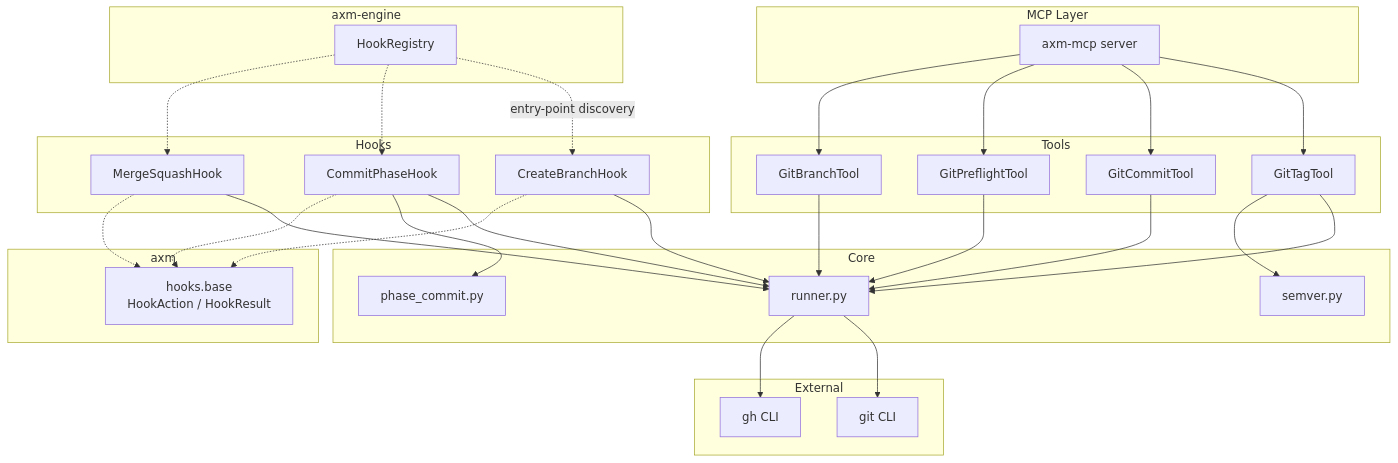
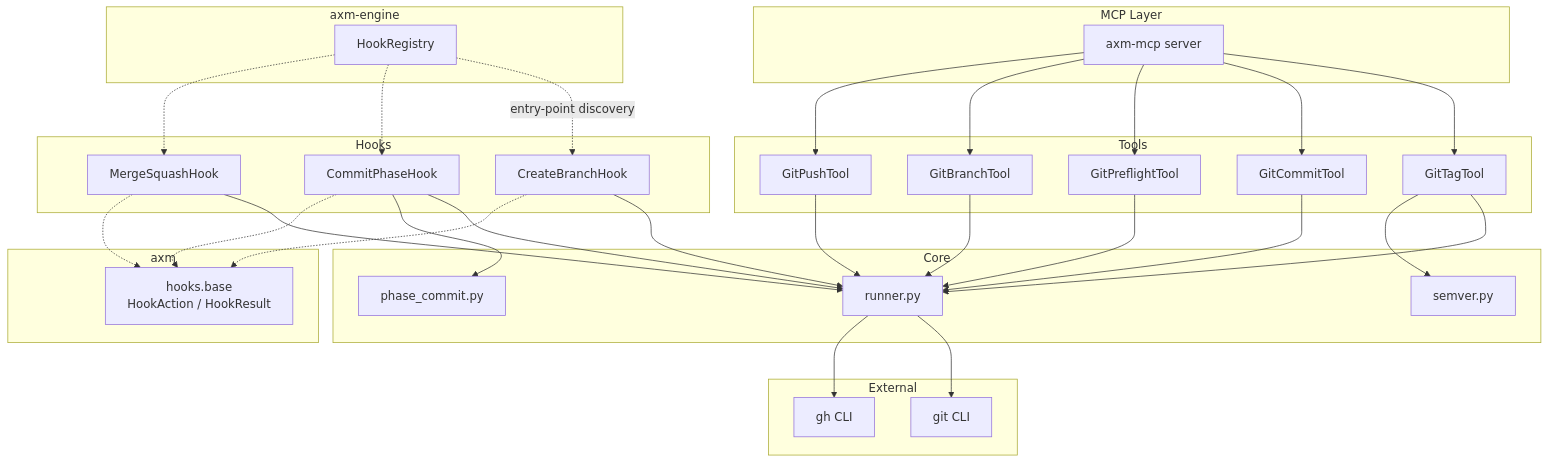
The diagram in docs/explanation/architecture.md (axm-protocols/axm-forge), drawn with Mermaid before and after one commit. The commit also changed other lines of this file and 5 other files, not shown here.

First line of the commit message:
feat(git): add git_push MCP tool [AXM-60]

````diff
--- a/docs/explanation/architecture.md
+++ b/docs/explanation/architecture.md
@@ -7,60 +7,63 @@
 ```mermaid
 graph TD
     subgraph "MCP Layer"
         MCP["axm-mcp server"]
     end
 
     subgraph "Tools"
         Tag["GitTagTool"]
         Commit["GitCommitTool"]
         Preflight["GitPreflightTool"]
         Branch["GitBranchTool"]
+        Push["GitPushTool"]
     end
 
     subgraph "Hooks"
         CB["CreateBranchHook"]
         CP["CommitPhaseHook"]
         MS["MergeSquashHook"]
     end
 
     subgraph "Core"
         Runner["runner.py"]
         Semver["semver.py"]
         PhaseCommit["phase_commit.py"]
     end
 
     subgraph "External"
         Git["git CLI"]
         GH["gh CLI"]
     end
 
     subgraph "axm"
         HookBase["hooks.base<br>HookAction / HookResult"]
     end
 
     subgraph "axm-engine"
         Registry["HookRegistry"]
     end
 
     MCP --> Tag
     MCP --> Commit
     MCP --> Preflight
     MCP --> Branch
+    MCP --> Push
     Tag --> Runner
     Tag --> Semver
     Commit --> Runner
     Preflight --> Runner
     Branch --> Runner
+    Push --> Runner
     CB --> Runner
     CP --> Runner
     CP --> PhaseCommit
     MS --> Runner
     Runner --> Git
     Runner --> GH
     CB -.-> HookBase
     CP -.-> HookBase
     MS -.-> HookBase
     Registry -.->|"entry-point discovery"| CB
     Registry -.-> CP
     Registry -.-> MS
 ```
````
